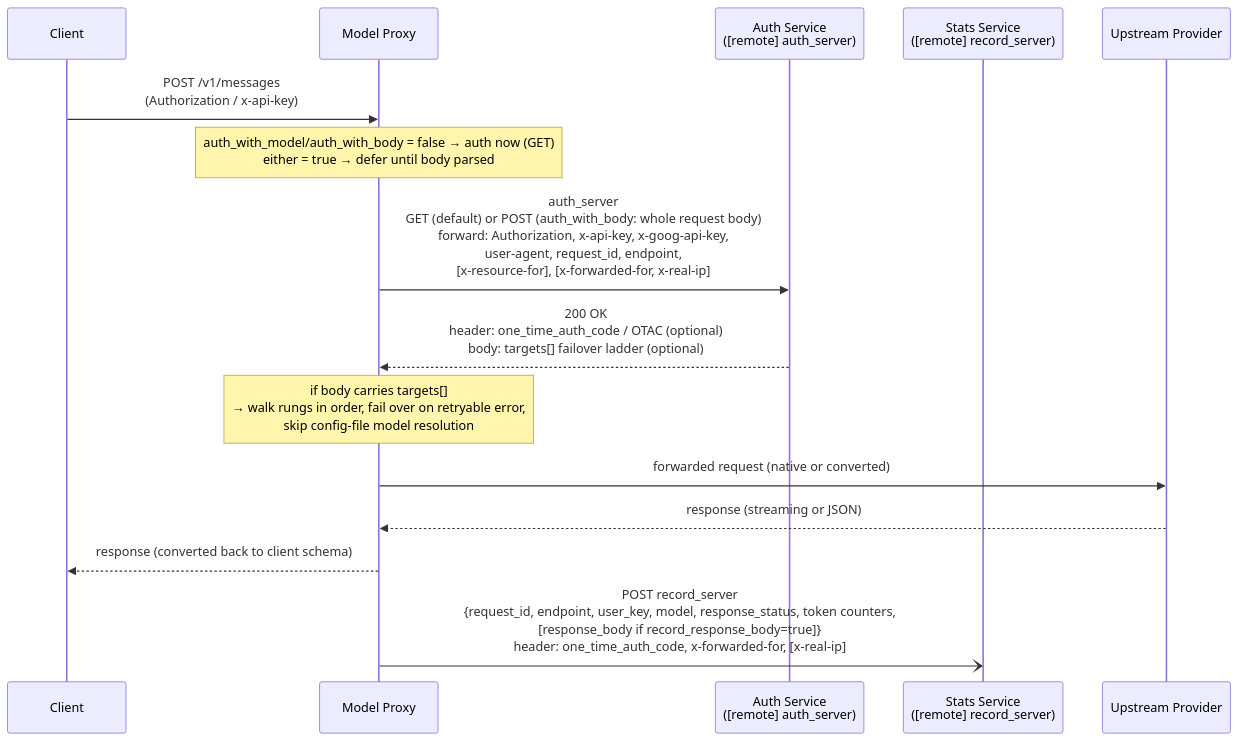
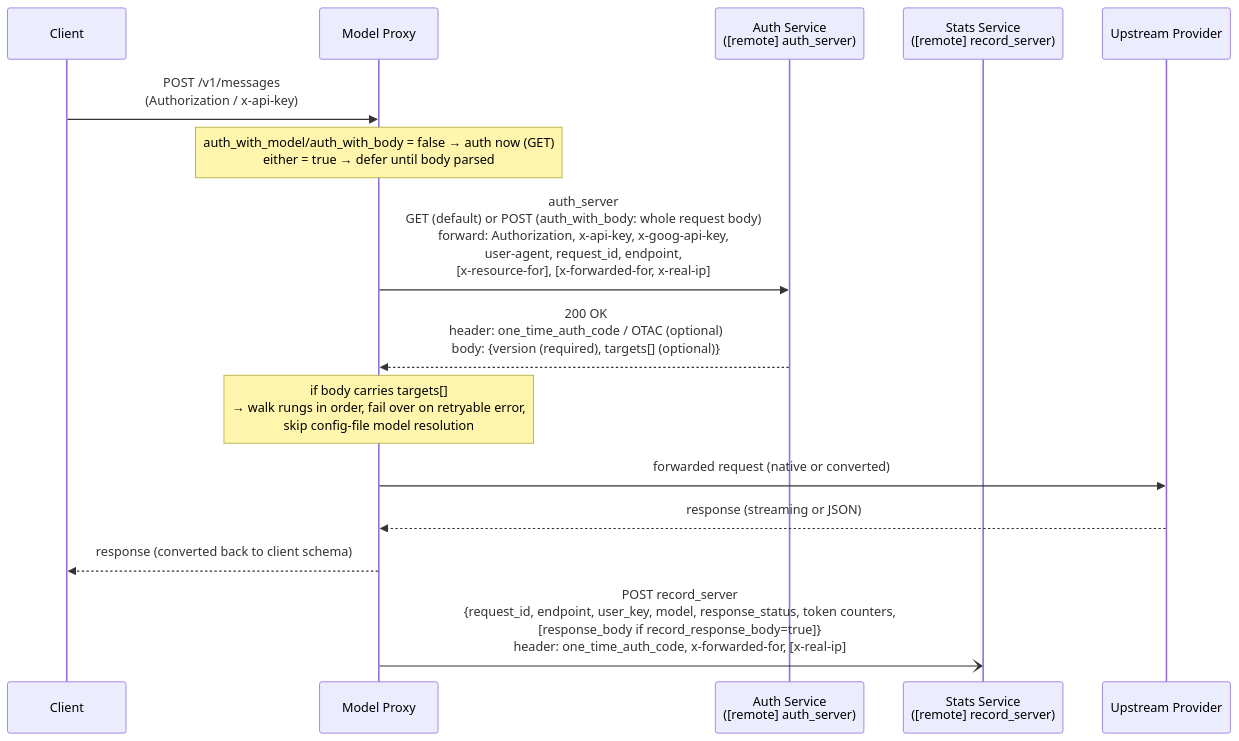
The diagram in README.md (qidu/model_proxy_v3), drawn with Mermaid before and after one commit. The commit also changed other lines of this file and 10 other files, not shown here.

Commit message:
fix(remote): add a required version field, update tests.

````diff
--- a/README.md
+++ b/README.md
@@ -41,18 +41,18 @@
 ```mermaid
 sequenceDiagram
     participant C as Client
     participant P as Model Proxy
     participant A as Auth Service<br/>([remote] auth_server)
     participant S as Stats Service<br/>([remote] record_server)
     participant U as Upstream Provider
 
     C->>P: POST /v1/messages<br/>(Authorization / x-api-key)
     Note over P: auth_with_model/auth_with_body = false → auth now (GET)<br/>either = true → defer until body parsed
     P->>A: auth_server<br/>GET (default) or POST (auth_with_body: whole request body)<br/>forward: Authorization, x-api-key, x-goog-api-key,<br/>user-agent, request_id, endpoint,<br/>[x-resource-for], [x-forwarded-for, x-real-ip]
-    A-->>P: 200 OK<br/>header: one_time_auth_code / OTAC (optional)<br/>body: targets[] failover ladder (optional)
+    A-->>P: 200 OK<br/>header: one_time_auth_code / OTAC (optional)<br/>body: {version (required), targets[] (optional)}
     Note over P: if body carries targets[]<br/>→ walk rungs in order, fail over on retryable error,<br/>skip config-file model resolution
     P->>U: forwarded request (native or converted)
     U-->>P: response (streaming or JSON)
     P-->>C: response (converted back to client schema)
     P-)S: POST record_server<br/>{request_id, endpoint, user_key, model, response_status, token counters,<br/>[response_body if record_response_body=true]}<br/>header: one_time_auth_code, x-forwarded-for, [x-real-ip]
 ```
````
